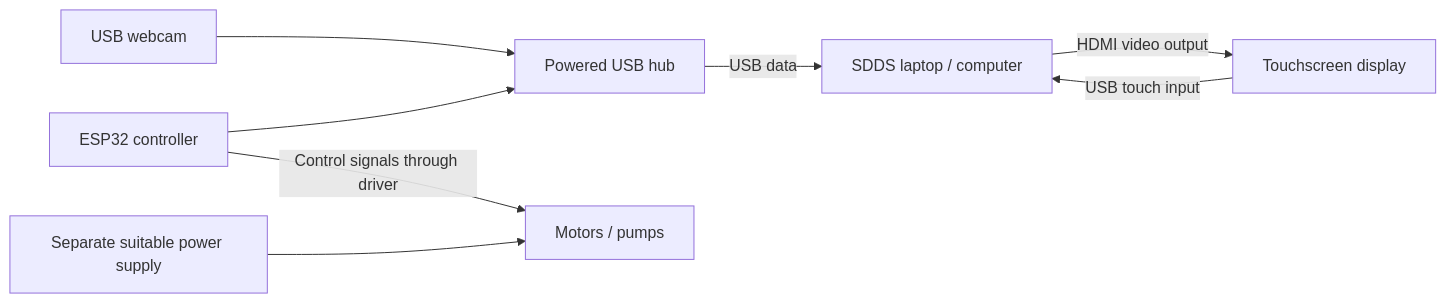
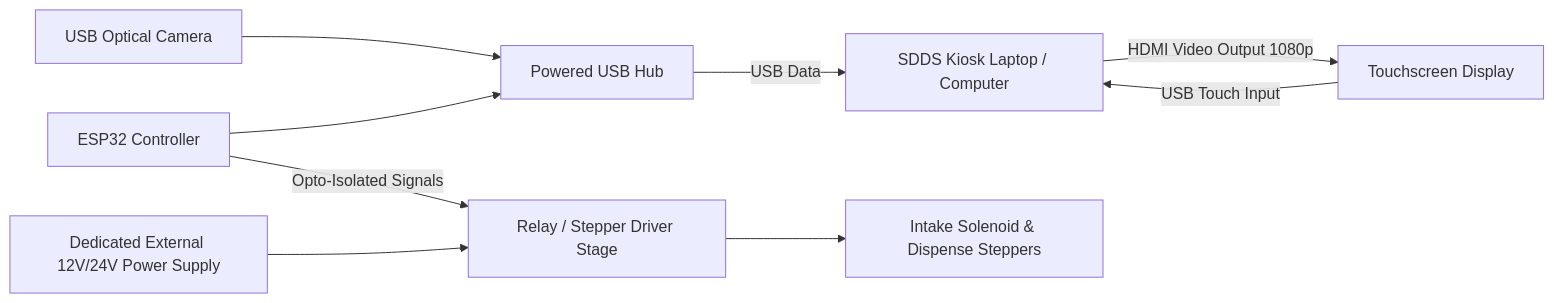
One commit to aswanayyappan/tech-farm-vending-machine changed the second of 10 diagrams in SDDS_V5_Documents/SDDS_V5_Plan_of_Action.md. Above: the diagram before and after it, drawn with Mermaid. The commit also changed other lines of this file and 2 other files, not shown here.

Commit message:
docs: synchronize SDDS V5 PRD and Plan of Action with current web architecture

````diff
--- a/SDDS_V5_Documents/SDDS_V5_Plan_of_Action.md
+++ b/SDDS_V5_Documents/SDDS_V5_Plan_of_Action.md
@@ -442,10 +408,11 @@
 ```mermaid
 flowchart LR
-    CAM[USB webcam] --> HUB[Powered USB hub]
-    ESP[ESP32 controller] --> HUB
-    HUB -->|USB data| PC[SDDS laptop / computer]
-    PC -->|HDMI video output| SCREEN[Touchscreen display]
-    SCREEN -->|USB touch input| PC
-    PSU[Separate suitable power supply] --> ACT[Motors / pumps]
-    ESP -->|Control signals through driver| ACT
+    CAM[USB Optical Camera] --> HUB[Powered USB Hub]
+    ESP[ESP32 Controller] --> HUB
+    HUB -->|USB Data| PC[SDDS Kiosk Laptop / Computer]
+    PC -->|HDMI Video Output 1080p| SCREEN[Touchscreen Display]
+    SCREEN -->|USB Touch Input| PC
+    PSU[Dedicated External 12V/24V Power Supply] --> DRIVER[Relay / Stepper Driver Stage]
+    ESP -->|Opto-Isolated Signals| DRIVER
+    DRIVER --> ACT[Intake Solenoid & Dispense Steppers]
 ```
````
